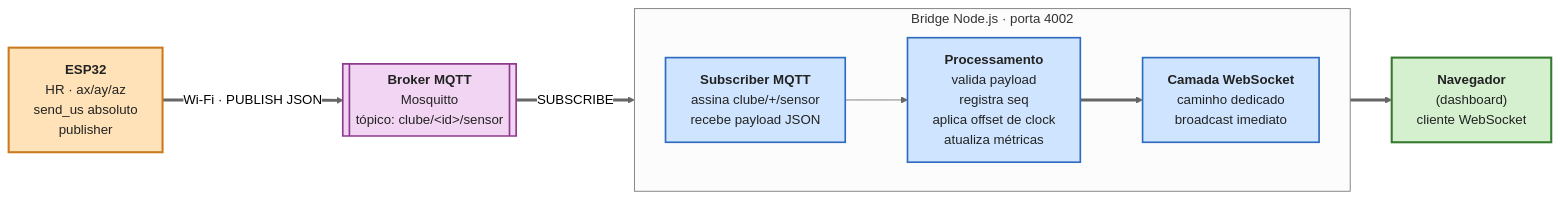
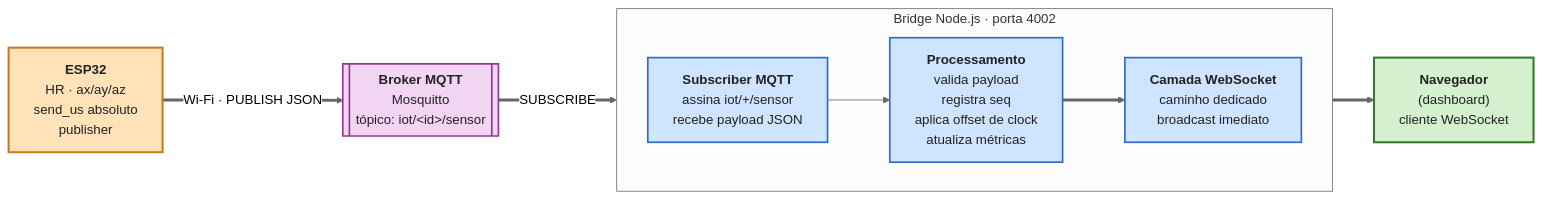
One commit to llucaslopes/PFC-1- changed the diagram in docs/diagramas/mmd/I_mqtt_bridge_dataflow.mmd. Above: the diagram before and after it, drawn with Mermaid (neutral theme). The commit also changed 28 other files, not shown here.

```diff
--- a/docs/diagramas/mmd/I_mqtt_bridge_dataflow.mmd
+++ b/docs/diagramas/mmd/I_mqtt_bridge_dataflow.mmd
@@ -1,31 +1,31 @@
 %% Diagrama I - Fluxo de dados no bridge MQTT (seção 3.4 do artigo).
 %% Análogo ao diagrama H, evidenciando que o bridge reaproveita o mesmo
 %% pipeline de processamento do backend Node.js (validação, ajuste de
 %% send_us pela sincronização e atualização de métricas) e expõe o canal
 %% WebSocket para o frontend. O foco é o caminho da amostra entre o ESP32
 %% e o navegador, passando pelo broker como ponto central de ingestão.
 flowchart LR
     classDef device  fill:#FFE2B8,stroke:#CC7A1F,stroke-width:2.5px,color:#222
     classDef broker  fill:#F2D5F2,stroke:#8E3A8E,stroke-width:2px,color:#222
     classDef server  fill:#CFE5FF,stroke:#2F6BBF,stroke-width:2px,color:#222
     classDef client  fill:#D4F0CF,stroke:#357A2E,stroke-width:2.5px,color:#222
 
     ESP["<b>ESP32</b><br/>HR · ax/ay/az<br/>send_us absoluto<br/>publisher"]:::device
 
-    BR[["<b>Broker MQTT</b><br/>Mosquitto<br/>tópico: clube/&lt;id&gt;/sensor"]]:::broker
+    BR[["<b>Broker MQTT</b><br/>Mosquitto<br/>tópico: iot/&lt;id&gt;/sensor"]]:::broker
 
     subgraph BG["Bridge&nbsp;Node.js&nbsp;·&nbsp;porta&nbsp;4002"]
         direction LR
-        SUB["<b>Subscriber MQTT</b><br/>assina clube/+/sensor<br/>recebe payload JSON"]:::server
+        SUB["<b>Subscriber MQTT</b><br/>assina iot/+/sensor<br/>recebe payload JSON"]:::server
         PROC["<b>Processamento</b><br/>valida payload<br/>registra seq<br/>aplica offset de clock<br/>atualiza métricas"]:::server
         WS["<b>Camada WebSocket</b><br/>caminho dedicado<br/>broadcast imediato"]:::server
 
         SUB --> PROC
         PROC ==> WS
     end
 
     NA["<b>Navegador</b><br/>(dashboard)<br/>cliente WebSocket"]:::client
 
     ESP == "Wi-Fi · PUBLISH JSON" ==> BR
     BR == "SUBSCRIBE" ==> SUB
     WS ==> NA
```
